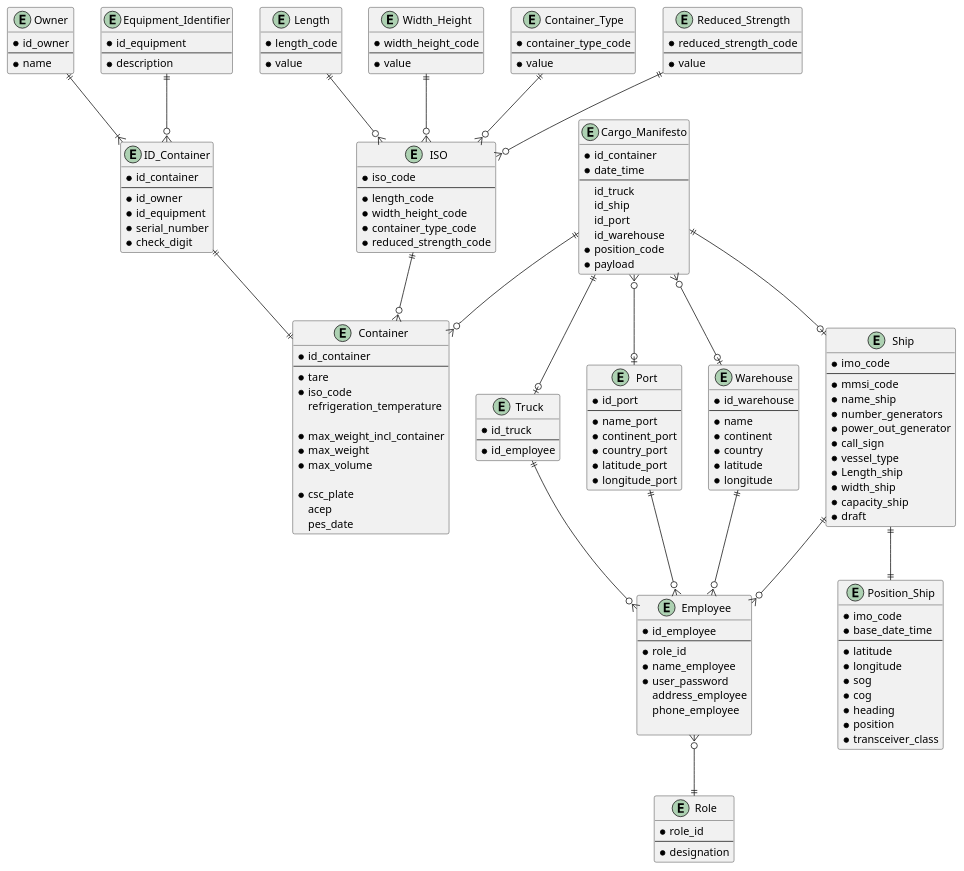
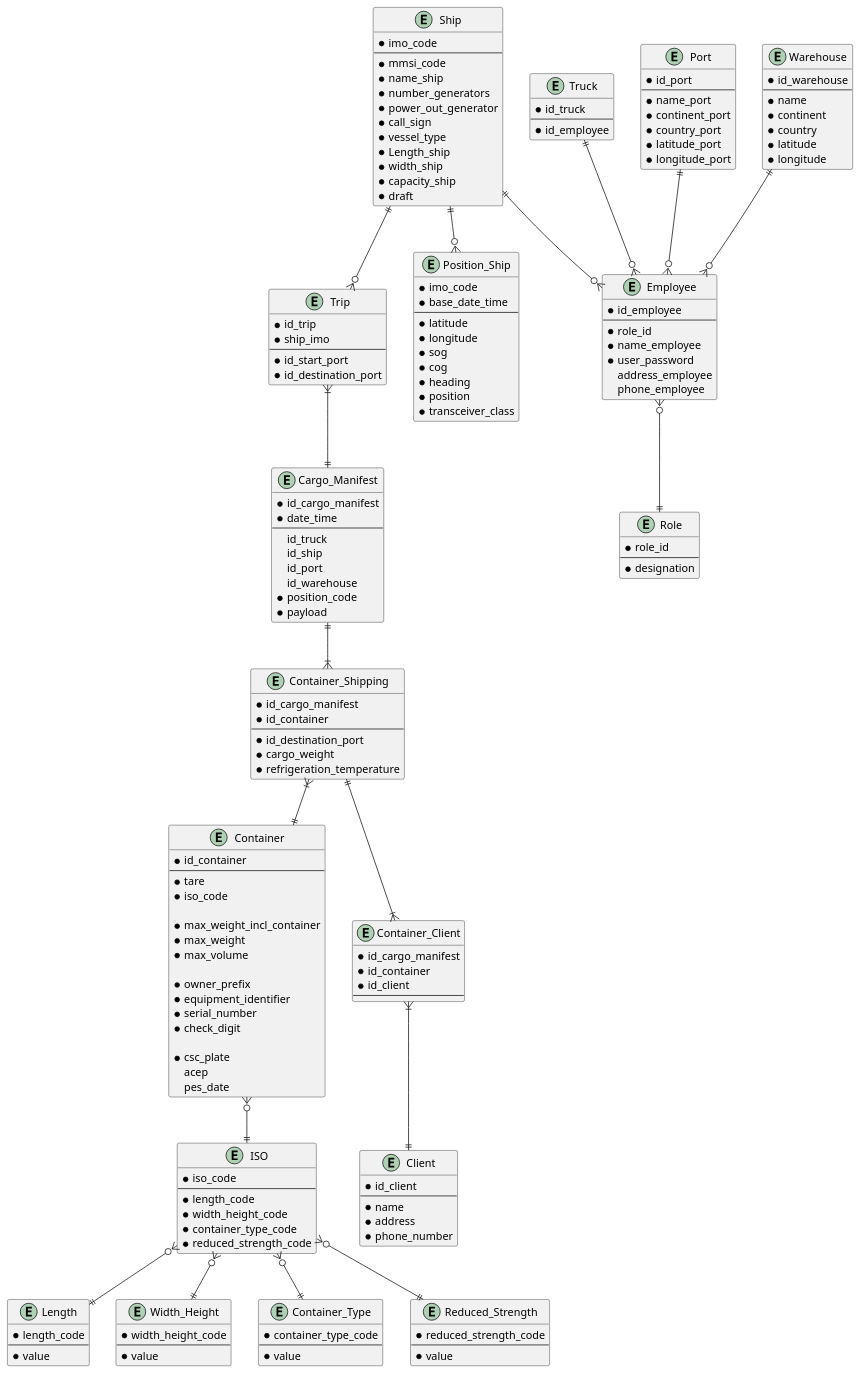
One commit to 1190772/LAB-Project-3 changed the diagram in docs/Sprint 2/US/US108/logical_model.puml. Above: the diagram before and after it, drawn with PlantUML. The commit also changed 1 other file, not shown here.

```diff
--- a/docs/Sprint 2/US/US108/logical_model.puml
+++ b/docs/Sprint 2/US/US108/logical_model.puml
@@ -1,181 +1,190 @@
 @startuml
+
+entity Trip {
+* id_trip
+* ship_imo
+--
+* id_start_port
+* id_destination_port
+}
 
 entity Container {
 * id_container
 --
 * tare
 * iso_code
-refrigeration_temperature
 
 * max_weight_incl_container
 * max_weight
 * max_volume
 
+* owner_prefix
+* equipment_identifier
+* serial_number
+* check_digit
+
 *csc_plate
 acep
 pes_date
-}
-
-entity Owner {
-* id_owner
---
-* name
-}
-
-entity ID_Container {
-* id_container
---
-* id_owner
-* id_equipment
-* serial_number
-* check_digit
-}
-
-entity Equipment_Identifier {
-* id_equipment
---
-* description
 }
 
 entity ISO {
 * iso_code
 --
 * length_code
 * width_height_code
 * container_type_code
 * reduced_strength_code
 }
 
 entity Length {
 * length_code
 --
 * value
 }
 
 entity Width_Height {
 * width_height_code
 --
 * value
 }
 
 entity Container_Type {
 * container_type_code
 --
 * value
 }
 
 entity Reduced_Strength {
 * reduced_strength_code
 --
 * value
 }
 
-entity Cargo_Manifesto {
-* id_container
+entity Cargo_Manifest {
+* id_cargo_manifest
 * date_time
 --
  id_truck
  id_ship
  id_port
  id_warehouse
 * position_code
 * payload
+}
+
+entity Container_Shipping {
+* id_cargo_manifest
+* id_container
+--
+* id_destination_port
+* cargo_weight
+* refrigeration_temperature
+}
+
+entity Container_Client {
+* id_cargo_manifest
+* id_container
+* id_client
+--
 }
 
 entity Truck {
 * id_truck
 --
 * id_employee
 }
 
 entity Ship {
 * imo_code
 --
 * mmsi_code
 * name_ship
 * number_generators
 * power_out_generator
 * call_sign
 * vessel_type
 * Length_ship
 * width_ship
 * capacity_ship
 * draft
-}
-
-entity Position_Ship {
-* imo_code
-* base_date_time
---
-* latitude
-* longitude
-* sog
-* cog
-* heading
-* position
-* transceiver_class
 }
 
 entity Port {
 * id_port
 --
 * name_port
 * continent_port
 * country_port
 * latitude_port
 * longitude_port
 }
 
 entity Warehouse {
 * id_warehouse
 --
 * name
 * continent
 * country
 * latitude
 * longitude
 }
 
 entity Employee{
 * id_employee
 --
 * role_id
 * name_employee
 * user_password
  address_employee
  phone_employee
+}
 
+entity Position_Ship {
+* imo_code
+* base_date_time
+--
+* latitude
+* longitude
+* sog
+* cog
+* heading
+* position
+* transceiver_class
 }
 
 entity Role {
 * role_id
 --
 * designation
 }
 
+entity Client {
+* id_client
+--
+* name
+* address
+* phone_number
+}
 
-Length ||--o{ ISO
-Width_Height ||--o{ ISO
-Container_Type ||--o{ ISO
-Reduced_Strength ||--o{ ISO
+ISO }o--|| Length
+ISO }o--|| Width_Height
+ISO }o--|| Container_Type
+ISO }o--|| Reduced_Strength
 
-Owner ||--|{ ID_Container
-Equipment_Identifier ||--o{ ID_Container
-
-ID_Container ||--|| Container
-ISO ||--o{ Container
-Cargo_Manifesto ||--o{ Container
-Cargo_Manifesto ||--o| Ship
-Cargo_Manifesto ||--o| Truck
-Ship ||--|| Position_Ship
-
-Cargo_Manifesto }o--o| Warehouse
-Cargo_Manifesto }o--o| Port
+Container }o--|| ISO
+Cargo_Manifest ||--|{ Container_Shipping
+Container_Shipping }|--|| Container
+Container_Shipping ||--|{ Container_Client
+Container_Client }|--|| Client
+Trip }|--|| Cargo_Manifest
+Ship ||--o{ Position_Ship
 
 Truck ||--o{ Employee
+Ship ||--o{ Trip
 Ship ||--o{ Employee
 Warehouse ||--o{ Employee
 Port ||--o{ Employee
 Employee }o--|| Role
 
 @enduml
```
